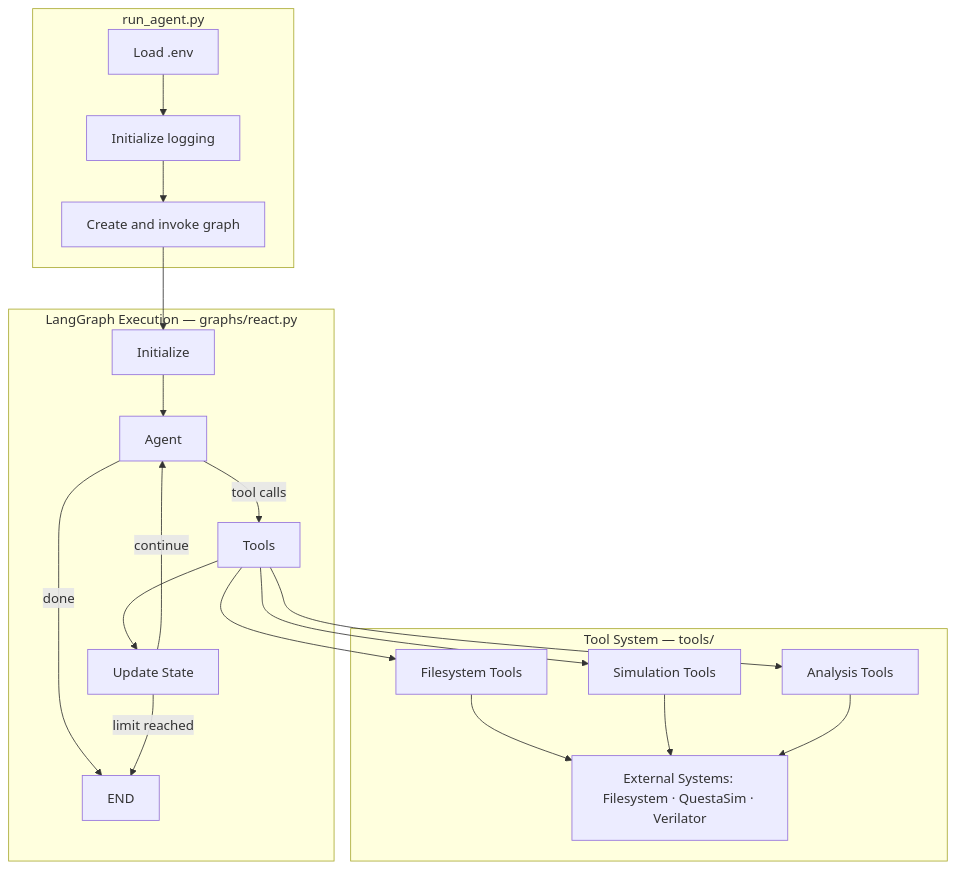
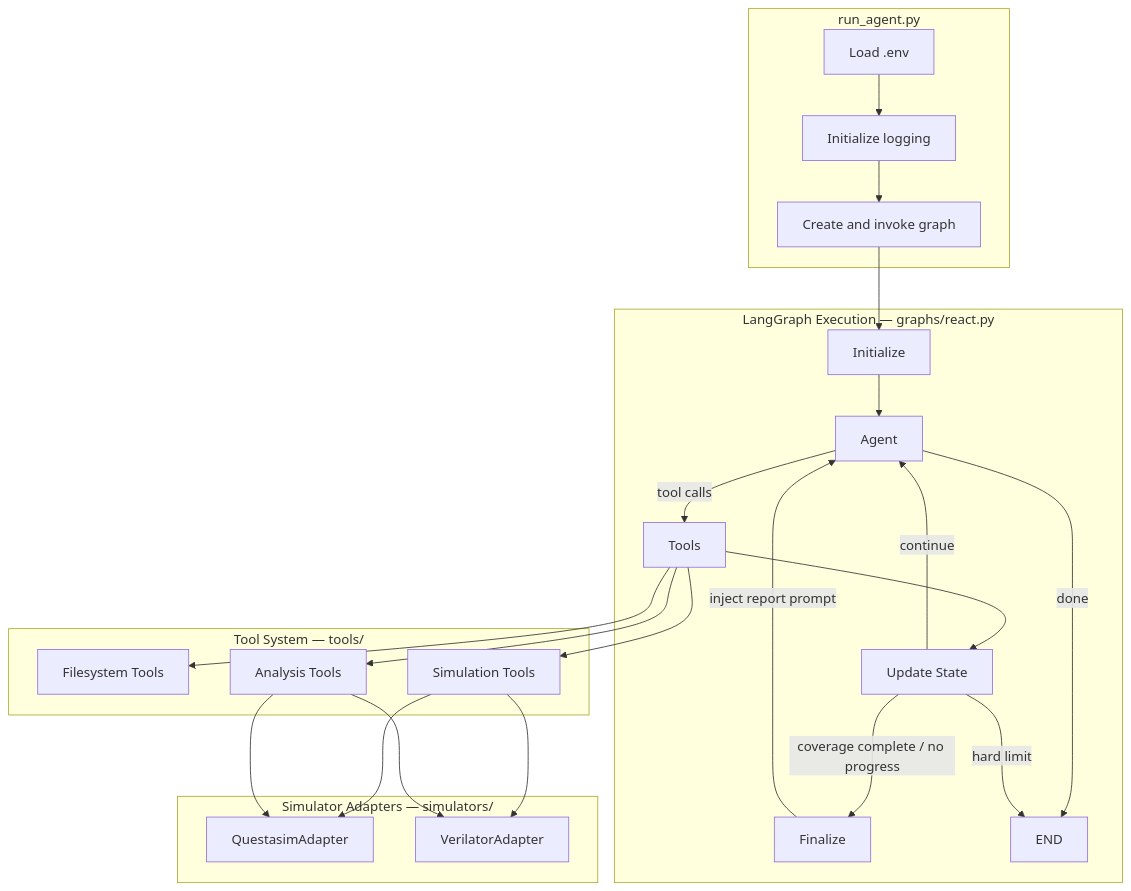
One commit to advent-lab/llm-verif changed the first of 7 diagrams in docs/ARCH.md. Above: the diagram before and after it, drawn with Mermaid. The commit also changed other lines of this file and 3 other files, not shown here.

````diff
--- a/docs/ARCH.md
+++ b/docs/ARCH.md
@@ -102,29 +102,37 @@
 ```mermaid
 graph TD
     subgraph Entry["run_agent.py"]
         E1[Load .env] --> E2[Initialize logging] --> E3[Create and invoke graph]
     end
 
     subgraph Graph["LangGraph Execution — graphs/react.py"]
         Init[Initialize] --> Agent[Agent]
         Agent -->|tool calls| Tools[Tools]
         Tools --> Update[Update State]
         Update -->|continue| Agent
+        Update -->|coverage complete / no progress| Finalize[Finalize]
+        Finalize -->|inject report prompt| Agent
         Agent -->|done| Stop[END]
-        Update -->|limit reached| Stop
+        Update -->|hard limit| Stop
     end
 
     subgraph ToolSystem["Tool System — tools/"]
         FS[Filesystem Tools]
         Sim[Simulation Tools]
         Ana[Analysis Tools]
-        FS --> Ext[External Systems: Filesystem · QuestaSim · Verilator]
-        Sim --> Ext
-        Ana --> Ext
+    end
+
+    subgraph Adapters["Simulator Adapters — simulators/"]
+        QS[QuestasimAdapter]
+        VL[VerilatorAdapter]
     end
 
     E3 --> Init
     Tools --> FS
     Tools --> Sim
     Tools --> Ana
+    Sim --> QS
+    Sim --> VL
+    Ana --> QS
+    Ana --> VL
 ```
````
